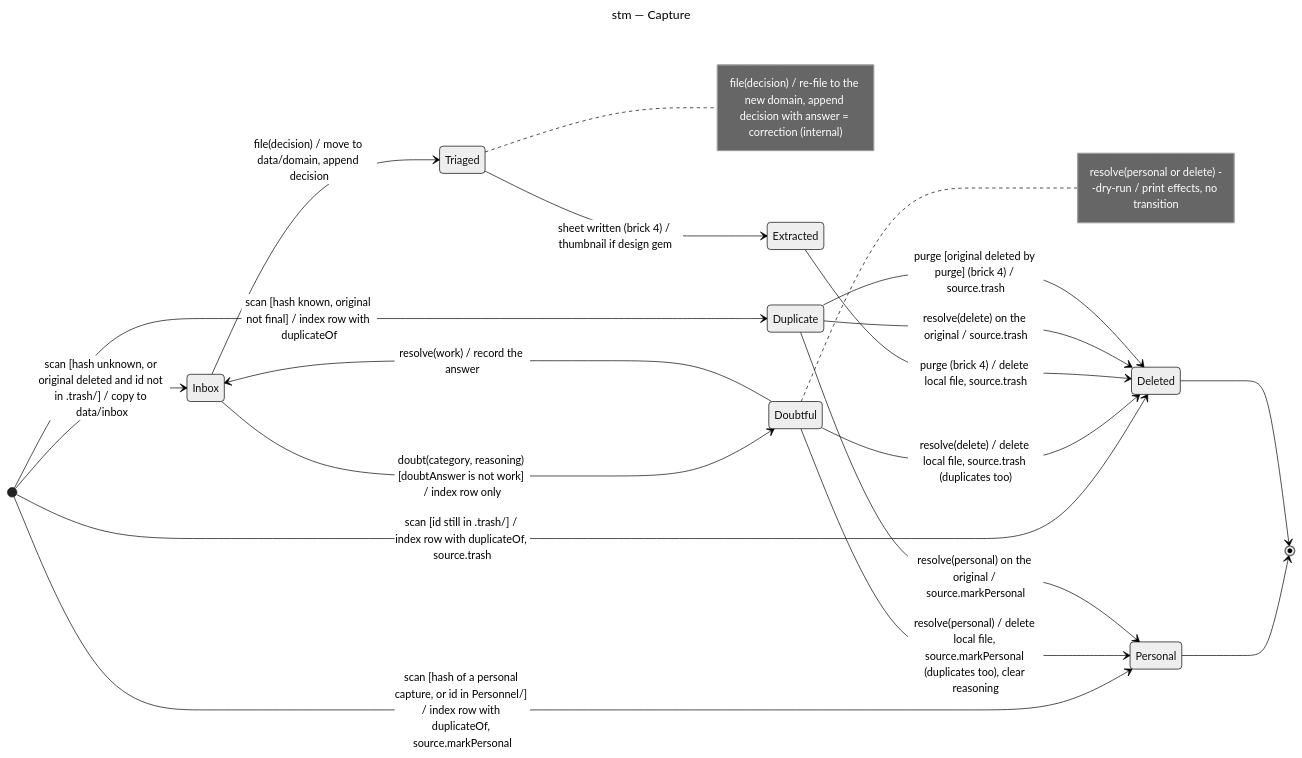
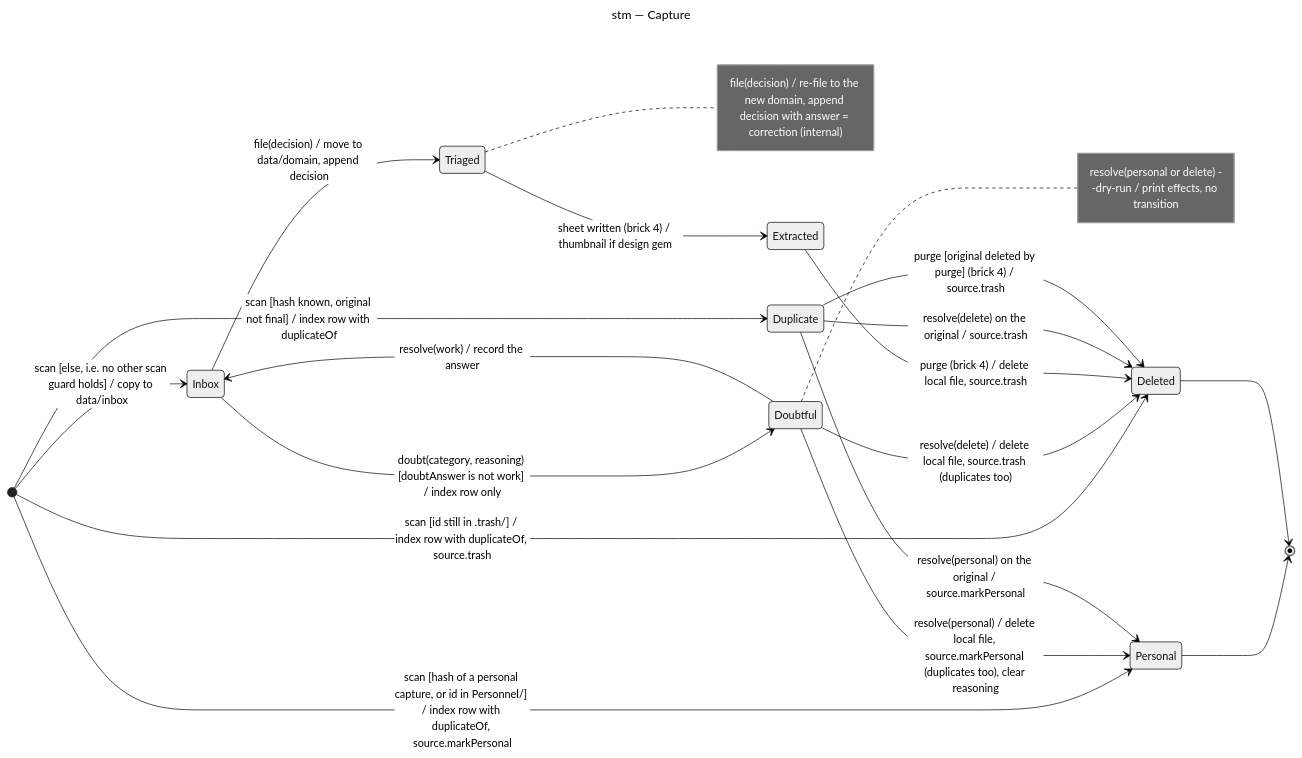
The diagram in docs/architecture/diagrams/triage/05-state-capture.md (benoit-bremaud/screenshot-triage), drawn with Mermaid (neutral theme) before and after one commit. The commit also changed other lines of this file and 2 other files, not shown here.

First line of the commit message:
docs(triage/architecture): order the scan guards so Personal wins over Inbox

````diff
--- a/docs/architecture/diagrams/triage/05-state-capture.md
+++ b/docs/architecture/diagrams/triage/05-state-capture.md
@@ -13,29 +13,29 @@
 ```mermaid
 ---
 title: stm — Capture
 ---
 stateDiagram-v2
   direction LR
-  [*] --> Inbox: scan [hash unknown, or original deleted and id not in .trash/] / copy to data/inbox
+  [*] --> Inbox: scan [else, i.e. no other scan guard holds] / copy to data/inbox
   [*] --> Duplicate: scan [hash known, original not final] / index row with duplicateOf
   [*] --> Personal: scan [hash of a personal capture, or id in Personnel/] / index row with duplicateOf, source.markPersonal
   [*] --> Deleted: scan [id still in .trash/] / index row with duplicateOf, source.trash
   Inbox --> Triaged: file(decision) / move to data/domain, append decision
   Inbox --> Doubtful: doubt(category, reasoning) [doubtAnswer is not work] / index row only
   Doubtful --> Inbox: resolve(work) / record the answer
   Doubtful --> Personal: resolve(personal) / delete local file, source.markPersonal (duplicates too), clear reasoning
   Doubtful --> Deleted: resolve(delete) / delete local file, source.trash (duplicates too)
   Triaged --> Extracted: sheet written (brick 4) / thumbnail if design gem
   Extracted --> Deleted: purge (brick 4) / delete local file, source.trash
   Duplicate --> Personal: resolve(personal) on the original / source.markPersonal
   Duplicate --> Deleted: resolve(delete) on the original / source.trash
   Duplicate --> Deleted: purge [original deleted by purge] (brick 4) / source.trash
   Personal --> [*]
   Deleted --> [*]
   note right of Triaged
     file(decision) / re-file to the new domain, append decision with answer = correction (internal)
   end note
   note right of Doubtful
     resolve(personal or delete) --dry-run / print effects, no transition
   end note
 ```
````
